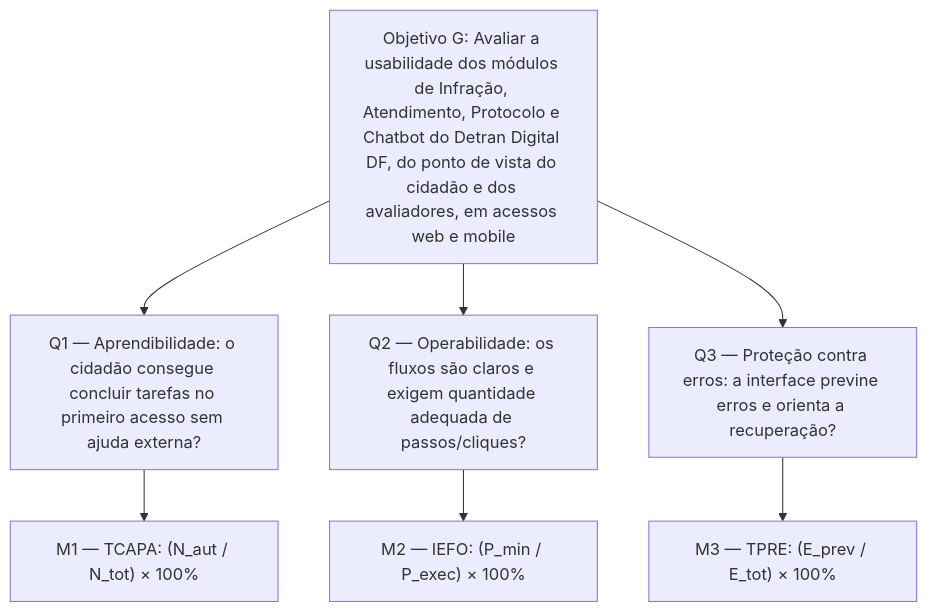
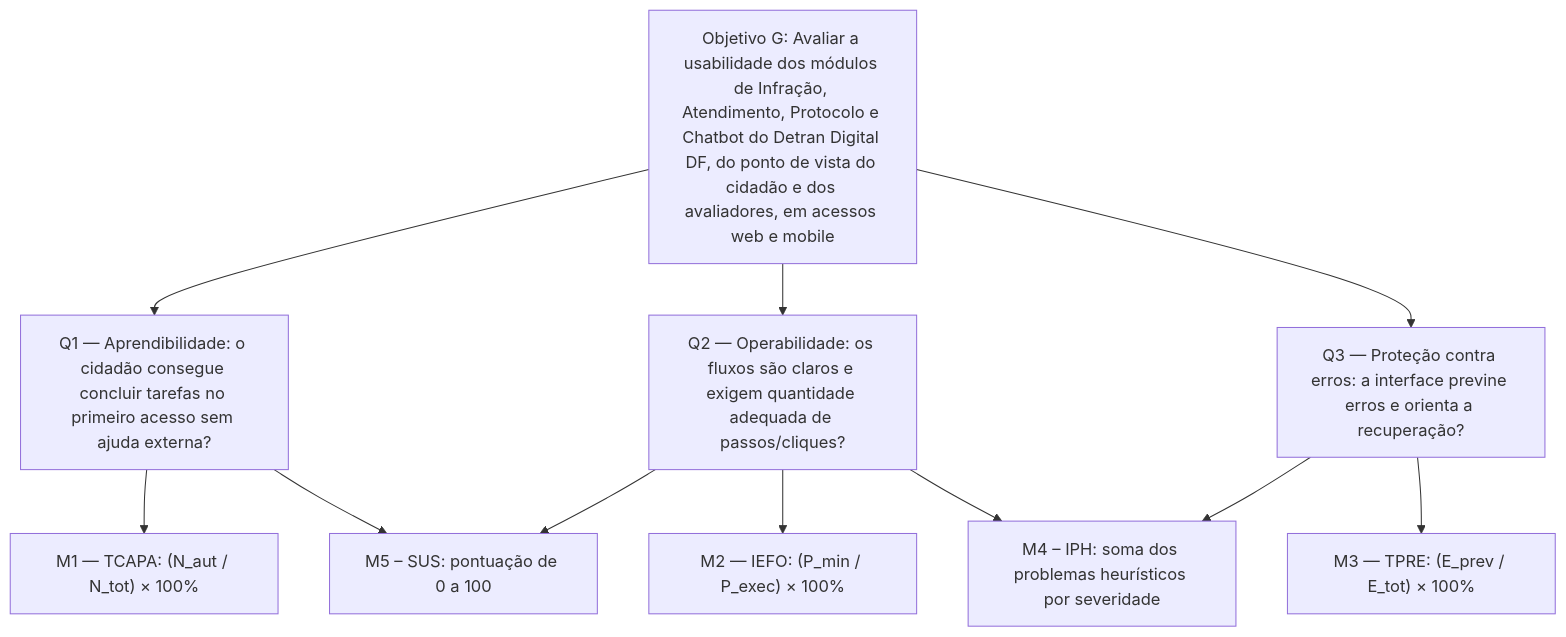
One commit to FCTE-Qualidade-de-Software-1/2026-2_T02_KAY_MCNULTY changed the diagram in docs/fase2/usabilidade.md. Above: the diagram before and after it, drawn with Mermaid. The commit also changed other lines of this file and 1 other file, not shown here.

Commit message:
docs: revisa usabilidade e adiciona métricas M4 (heurística de Nielsen) e M5 (SUS)

````diff
--- a/docs/fase2/usabilidade.md
+++ b/docs/fase2/usabilidade.md
@@ -141,19 +185,25 @@
 ```mermaid
 flowchart TD
     G["Objetivo G: Avaliar a usabilidade dos módulos de Infração, Atendimento, Protocolo e Chatbot do Detran Digital DF, do ponto de vista do cidadão e dos avaliadores, em acessos web e mobile"]
 
     Q1["Q1 — Aprendibilidade: o cidadão consegue concluir tarefas no primeiro acesso sem ajuda externa?"]
     Q2["Q2 — Operabilidade: os fluxos são claros e exigem quantidade adequada de passos/cliques?"]
     Q3["Q3 — Proteção contra erros: a interface previne erros e orienta a recuperação?"]
 
     M1["M1 — TCAPA: (N_aut / N_tot) × 100%"]
     M2["M2 — IEFO: (P_min / P_exec) × 100%"]
     M3["M3 — TPRE: (E_prev / E_tot) × 100%"]
+    M4["M4 – IPH: soma dos problemas heurísticos por severidade"]
+    M5["M5 – SUS: pontuação de 0 a 100"]
 
     G --> Q1
     G --> Q2
     G --> Q3
     Q1 --> M1
     Q2 --> M2
     Q3 --> M3
+    Q2 --> M4
+    Q3 --> M4
+    Q1 --> M5
+    Q2 --> M5
 ```
````
